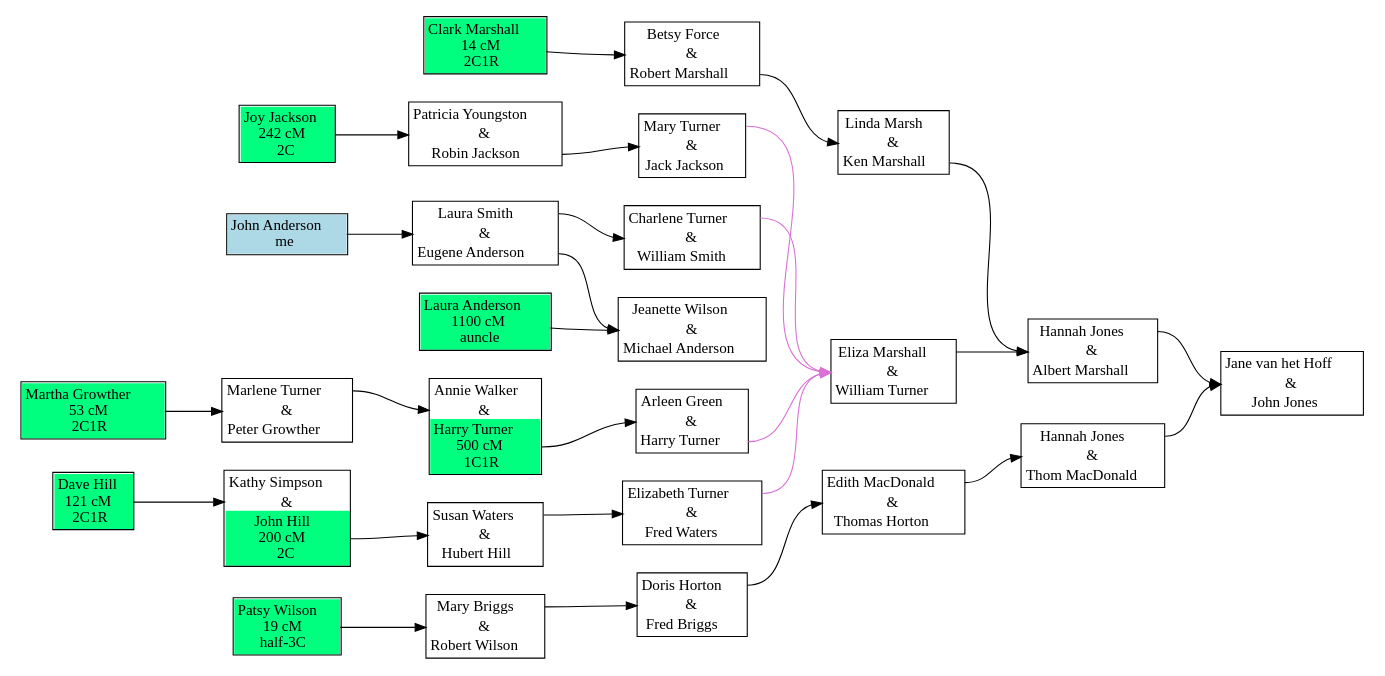
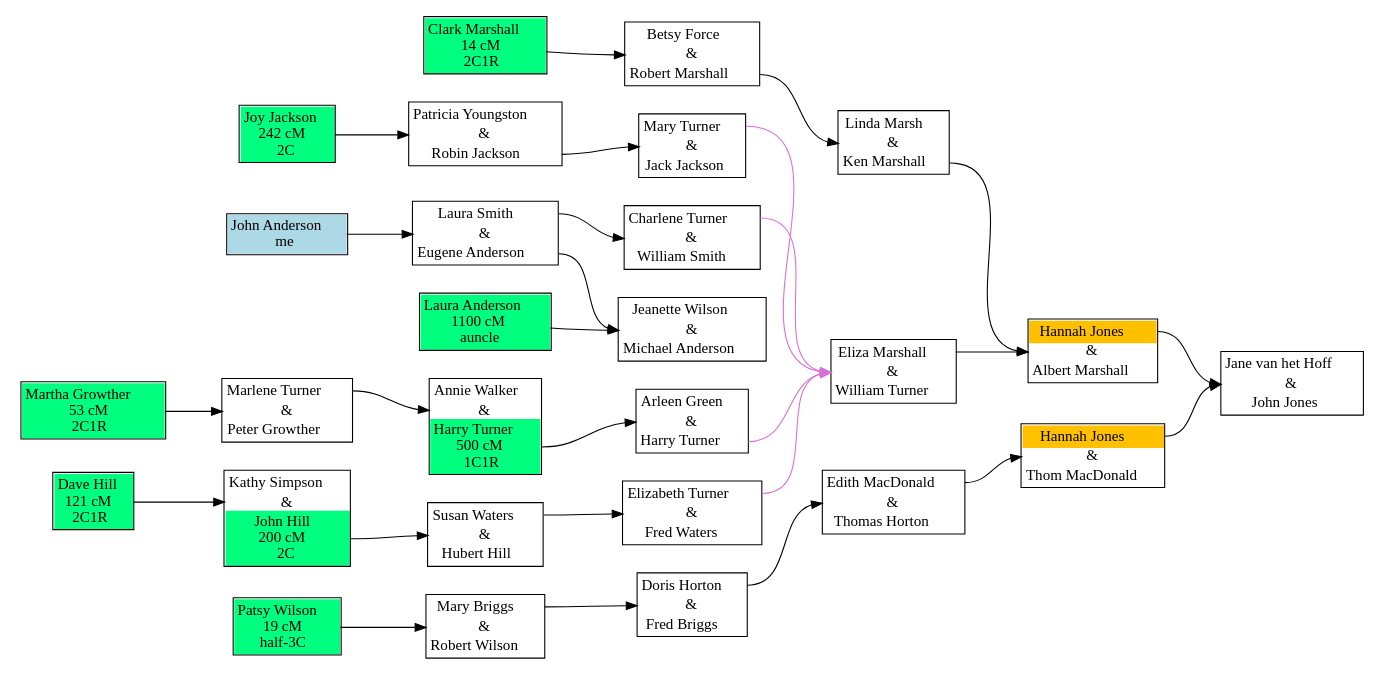
Before and after one commit to johnandrea/draw-dna-matches: the diagram in test-data/test-family.dot, drawn with Graphviz. The commit also changed 5 other files, not shown here.

```diff
--- a/test-data/test-family.dot
+++ b/test-data/test-family.dot
@@ -1,178 +1,178 @@
 digraph family {
 node [shape=plaintext];
 rankdir=LR;
 f2 [label=<
 <table cellpadding="3" border="1" cellspacing="0" cellborder="0">
-<tr><td port="w">Hannah Jones</td></tr>
+<tr><td port="w" bgcolor="#ffc000">Hannah Jones</td></tr>
 <tr><td port="u" cellpadding="0" cellspacing="0">&amp;</td></tr>
 <tr><td port="h">Thom MacDonald</td></tr>
 </table>>];
 f6 [label=<
 <table cellpadding="3" border="1" cellspacing="0" cellborder="0">
-<tr><td port="w">Hannah Jones</td></tr>
+<tr><td port="w" bgcolor="#ffc000">Hannah Jones</td></tr>
 <tr><td port="u" cellpadding="0" cellspacing="0">&amp;</td></tr>
 <tr><td port="h">Albert Marshall</td></tr>
 </table>>];
 f5 [label=<
 <table cellpadding="3" border="1" cellspacing="0" cellborder="0">
 <tr><td port="w">Mary Briggs</td></tr>
 <tr><td port="u" cellpadding="0" cellspacing="0">&amp;</td></tr>
 <tr><td port="h">Robert Wilson</td></tr>
 </table>>];
 f4 [label=<
 <table cellpadding="3" border="1" cellspacing="0" cellborder="0">
 <tr><td port="w">Doris Horton</td></tr>
 <tr><td port="u" cellpadding="0" cellspacing="0">&amp;</td></tr>
 <tr><td port="h">Fred Briggs</td></tr>
 </table>>];
 f3 [label=<
 <table cellpadding="3" border="1" cellspacing="0" cellborder="0">
 <tr><td port="w">Edith MacDonald</td></tr>
 <tr><td port="u" cellpadding="0" cellspacing="0">&amp;</td></tr>
 <tr><td port="h">Thomas Horton</td></tr>
 </table>>];
 f17 [label=<
 <table cellpadding="3" border="1" cellspacing="0" cellborder="0">
 <tr><td port="w">Laura Smith</td></tr>
 <tr><td port="u" cellpadding="0" cellspacing="0">&amp;</td></tr>
 <tr><td port="h">Eugene Anderson</td></tr>
 </table>>];
 f16 [label=<
 <table cellpadding="3" border="1" cellspacing="0" cellborder="0">
 <tr><td port="w">Charlene Turner</td></tr>
 <tr><td port="u" cellpadding="0" cellspacing="0">&amp;</td></tr>
 <tr><td port="h">William Smith</td></tr>
 </table>>];
 f7 [label=<
 <table cellpadding="3" border="1" cellspacing="0" cellborder="0">
 <tr><td port="w">Eliza Marshall</td></tr>
 <tr><td port="u" cellpadding="0" cellspacing="0">&amp;</td></tr>
 <tr><td port="h">William Turner</td></tr>
 </table>>];
 f1 [label=<
 <table cellpadding="3" border="1" cellspacing="0" cellborder="0">
 <tr><td port="w">Jane van het Hoff</td></tr>
 <tr><td port="u" cellpadding="0" cellspacing="0">&amp;</td></tr>
 <tr><td port="h">John Jones</td></tr>
 </table>>];
 f9 [label=<
 <table cellpadding="3" border="1" cellspacing="0" cellborder="0">
 <tr><td port="w">Susan Waters</td></tr>
 <tr><td port="u" cellpadding="0" cellspacing="0">&amp;</td></tr>
 <tr><td port="h">Hubert Hill</td></tr>
 </table>>];
 f8 [label=<
 <table cellpadding="3" border="1" cellspacing="0" cellborder="0">
 <tr><td port="w">Elizabeth Turner</td></tr>
 <tr><td port="u" cellpadding="0" cellspacing="0">&amp;</td></tr>
 <tr><td port="h">Fred Waters</td></tr>
 </table>>];
 f10 [label=<
 <table cellpadding="3" border="1" cellspacing="0" cellborder="0">
 <tr><td port="w">Kathy Simpson</td></tr>
 <tr><td port="u" cellpadding="0" cellspacing="0">&amp;</td></tr>
 <tr><td port="h" bgcolor="springgreen">John Hill<br/>200 cM<br/>2C</td></tr>
 </table>>];
 f12 [label=<
 <table cellpadding="3" border="1" cellspacing="0" cellborder="0">
 <tr><td port="w">Patricia Youngston</td></tr>
 <tr><td port="u" cellpadding="0" cellspacing="0">&amp;</td></tr>
 <tr><td port="h">Robin Jackson</td></tr>
 </table>>];
 f11 [label=<
 <table cellpadding="3" border="1" cellspacing="0" cellborder="0">
 <tr><td port="w">Mary Turner</td></tr>
 <tr><td port="u" cellpadding="0" cellspacing="0">&amp;</td></tr>
 <tr><td port="h">Jack Jackson</td></tr>
 </table>>];
 f13 [label=<
 <table cellpadding="3" border="1" cellspacing="0" cellborder="0">
 <tr><td port="w">Arleen Green</td></tr>
 <tr><td port="u" cellpadding="0" cellspacing="0">&amp;</td></tr>
 <tr><td port="h">Harry Turner</td></tr>
 </table>>];
 f15 [label=<
 <table cellpadding="3" border="1" cellspacing="0" cellborder="0">
 <tr><td port="w">Marlene Turner</td></tr>
 <tr><td port="u" cellpadding="0" cellspacing="0">&amp;</td></tr>
 <tr><td port="h">Peter Growther</td></tr>
 </table>>];
 f14 [label=<
 <table cellpadding="3" border="1" cellspacing="0" cellborder="0">
 <tr><td port="w">Annie Walker</td></tr>
 <tr><td port="u" cellpadding="0" cellspacing="0">&amp;</td></tr>
 <tr><td port="h" bgcolor="springgreen">Harry Turner<br/>500 cM<br/>1C1R</td></tr>
 </table>>];
 f19 [label=<
 <table cellpadding="3" border="1" cellspacing="0" cellborder="0">
 <tr><td port="w">Betsy Force</td></tr>
 <tr><td port="u" cellpadding="0" cellspacing="0">&amp;</td></tr>
 <tr><td port="h">Robert Marshall</td></tr>
 </table>>];
 f18 [label=<
 <table cellpadding="3" border="1" cellspacing="0" cellborder="0">
 <tr><td port="w">Linda Marsh</td></tr>
 <tr><td port="u" cellpadding="0" cellspacing="0">&amp;</td></tr>
 <tr><td port="h">Ken Marshall</td></tr>
 </table>>];
 f20 [label=<
 <table cellpadding="3" border="1" cellspacing="0" cellborder="0">
 <tr><td port="w">Jeanette Wilson</td></tr>
 <tr><td port="u" cellpadding="0" cellspacing="0">&amp;</td></tr>
 <tr><td port="h">Michael Anderson</td></tr>
 </table>>];
+i43 [label=<
+<table cellpadding="3" border="1" cellspacing="0" cellborder="0">
+<tr><td port="i" bgcolor="springgreen">Clark Marshall<br/>14 cM<br/>2C1R</td></tr>
+</table>>];
+i11 [label=<
+<table cellpadding="3" border="1" cellspacing="0" cellborder="0">
+<tr><td port="i" bgcolor="springgreen">Patsy Wilson<br/>19 cM<br/>half-3C</td></tr>
+</table>>];
 i34 [label=<
 <table cellpadding="3" border="1" cellspacing="0" cellborder="0">
 <tr><td port="i" bgcolor="springgreen">Martha Growther<br/>53 cM<br/>2C1R</td></tr>
+</table>>];
+i46 [label=<
+<table cellpadding="3" border="1" cellspacing="0" cellborder="0">
+<tr><td port="i" bgcolor="springgreen">Laura Anderson<br/>1100 cM<br/>auncle</td></tr>
+</table>>];
+i28 [label=<
+<table cellpadding="3" border="1" cellspacing="0" cellborder="0">
+<tr><td port="i" bgcolor="springgreen">Joy Jackson<br/>242 cM<br/>2C</td></tr>
+</table>>];
+i38 [label=<
+<table cellpadding="3" border="1" cellspacing="0" cellborder="0">
+<tr><td port="i" bgcolor="lightblue">John Anderson<br/>me</td></tr>
 </table>>];
 i24 [label=<
 <table cellpadding="3" border="1" cellspacing="0" cellborder="0">
 <tr><td port="i" bgcolor="springgreen">Dave Hill<br/>121 cM<br/>2C1R</td></tr>
 </table>>];
-i11 [label=<
-<table cellpadding="3" border="1" cellspacing="0" cellborder="0">
-<tr><td port="i" bgcolor="springgreen">Patsy Wilson<br/>19 cM<br/>half-3C</td></tr>
-</table>>];
-i38 [label=<
-<table cellpadding="3" border="1" cellspacing="0" cellborder="0">
-<tr><td port="i" bgcolor="lightblue">John Anderson<br/>me</td></tr>
-</table>>];
-i28 [label=<
-<table cellpadding="3" border="1" cellspacing="0" cellborder="0">
-<tr><td port="i" bgcolor="springgreen">Joy Jackson<br/>242 cM<br/>2C</td></tr>
-</table>>];
-i43 [label=<
-<table cellpadding="3" border="1" cellspacing="0" cellborder="0">
-<tr><td port="i" bgcolor="springgreen">Clark Marshall<br/>14 cM<br/>2C1R</td></tr>
-</table>>];
-i46 [label=<
-<table cellpadding="3" border="1" cellspacing="0" cellborder="0">
-<tr><td port="i" bgcolor="springgreen">Laura Anderson<br/>1100 cM<br/>auncle</td></tr>
-</table>>];
+f2:w -> f1:u;
+f17:h -> f20:u;
+f11:w -> f7:u [color=orchid];
+f8:w -> f7:u [color=orchid];
+f12:h -> f11:u;
+f3:w -> f2:u;
+i43:i -> f19:u;
+f14:h -> f13:u;
+i46:i -> f20:u;
+f5:w -> f4:u;
+f7:w -> f6:u;
+f13:h -> f7:u [color=orchid];
+f6:w -> f1:u;
+i38:i -> f17:u;
+i11:i -> f5:u;
+f19:h -> f18:u;
+i34:i -> f15:u;
+f18:h -> f6:u;
+f9:w -> f8:u;
 f17:w -> f16:u;
-f5:w -> f4:u;
-i11:i -> f5:u;
-f2:w -> f1:u;
-f14:h -> f13:u;
-f3:w -> f2:u;
-f8:w -> f7:u [color=orchid];
-i46:i -> f20:u;
-f19:h -> f18:u;
+f4:w -> f3:u;
+f16:w -> f7:u [color=orchid];
+i24:i -> f10:u;
 i28:i -> f12:u;
-f6:w -> f1:u;
-f4:w -> f3:u;
-f9:w -> f8:u;
-i38:i -> f17:u;
-f16:w -> f7:u [color=orchid];
-f13:h -> f7:u [color=orchid];
-i24:i -> f10:u;
-f17:h -> f20:u;
-f12:h -> f11:u;
-f18:h -> f6:u;
-i34:i -> f15:u;
-i43:i -> f19:u;
+f15:w -> f14:u;
 f10:h -> f9:u;
-f7:w -> f6:u;
-f11:w -> f7:u [color=orchid];
-f15:w -> f14:u;
 }
```
